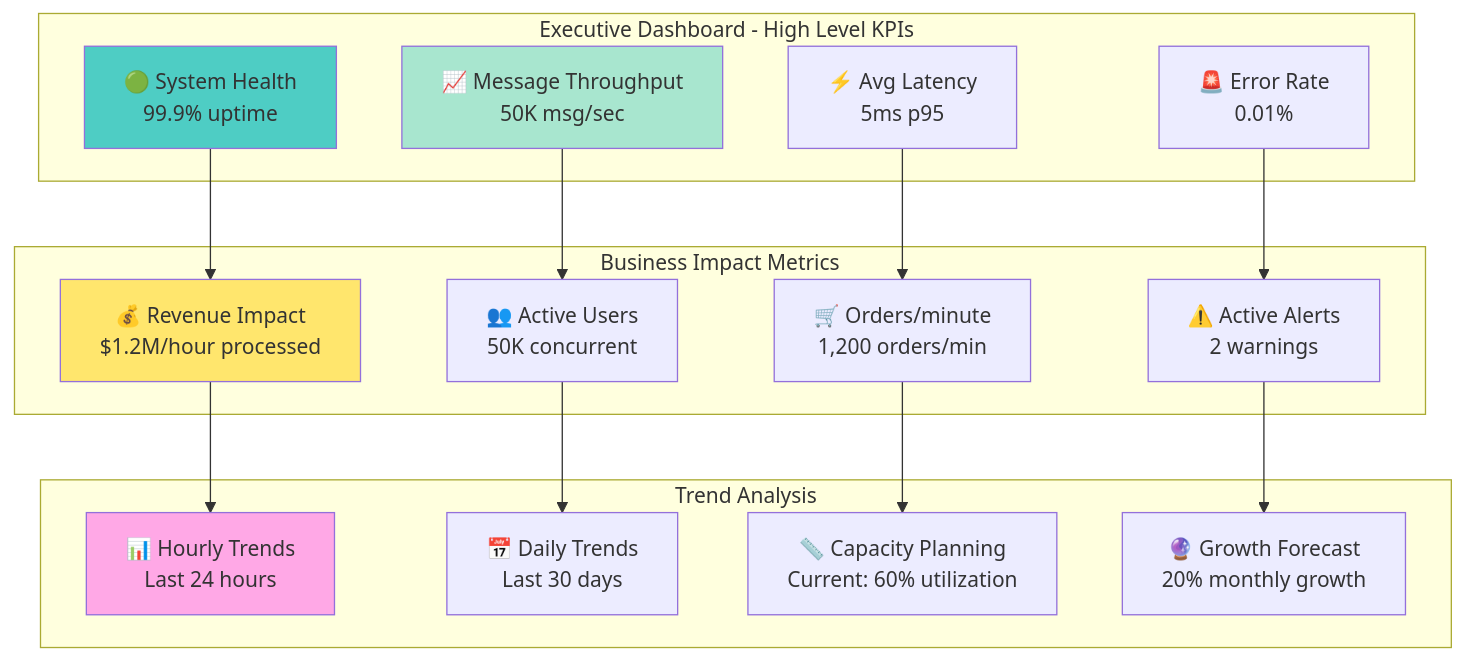
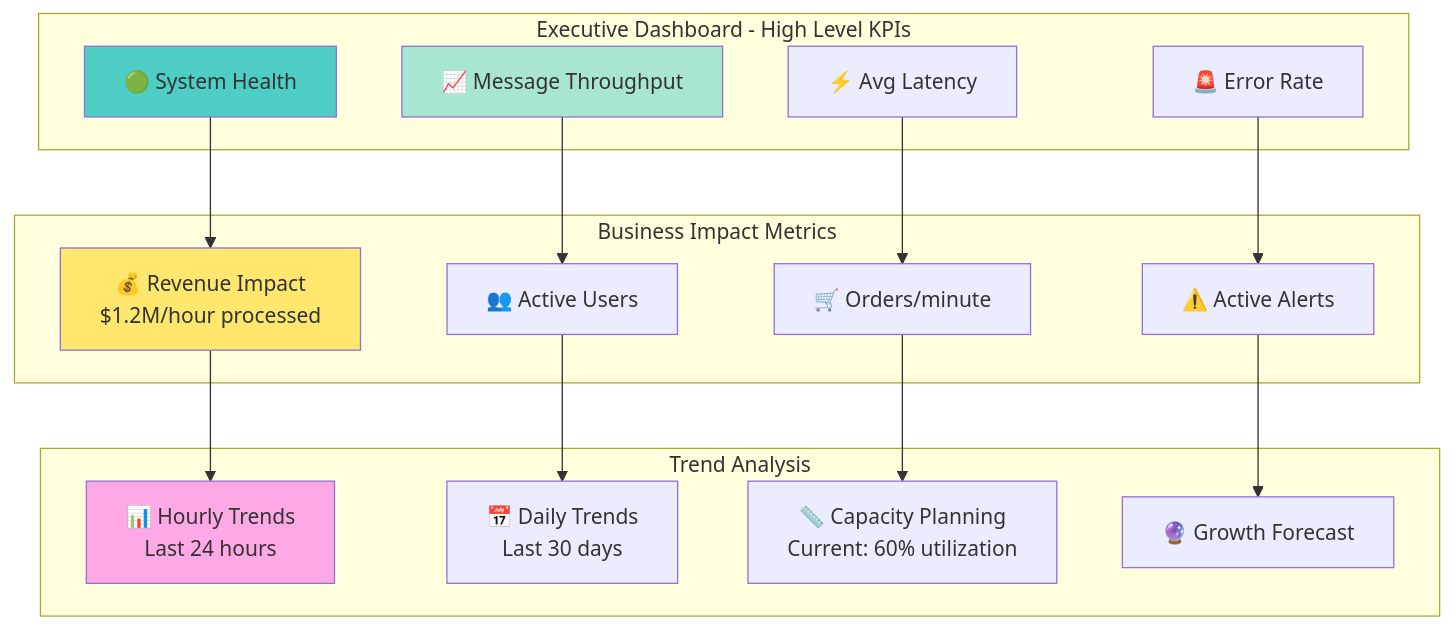
Before and after one commit to vorrawut/KafkaStarter: the fourth of 10 diagrams in class/modules/lesson_19/concept.md, drawn with Mermaid. The commit also changed other lines of this file and 140 other files, not shown here.

````diff
--- a/class/modules/lesson_19/concept.md
+++ b/class/modules/lesson_19/concept.md
@@ -262,38 +262,38 @@
 ```mermaid
 graph TB
     subgraph "Executive Dashboard - High Level KPIs"
-        HEALTH[🟢 System Health<br/>99.9% uptime]
-        THROUGHPUT[📈 Message Throughput<br/>50K msg/sec]
-        LATENCY[⚡ Avg Latency<br/>5ms p95]
-        ERRORS[🚨 Error Rate<br/>0.01%]
+        HEALTH[🟢 System Health<br/&gt;99.9% uptime]
+        THROUGHPUT[📈 Message Throughput<br/&gt;50K msg/sec]
+        LATENCY[⚡ Avg Latency<br/&gt;5ms p95]
+        ERRORS[🚨 Error Rate<br/&gt;0.01%]
     end
     
     subgraph "Business Impact Metrics"
         REVENUE[💰 Revenue Impact<br/>$1.2M/hour processed]
-        CUSTOMERS[👥 Active Users<br/>50K concurrent]
-        ORDERS[🛒 Orders/minute<br/>1,200 orders/min]
-        ALERTS[⚠️ Active Alerts<br/>2 warnings]
+        CUSTOMERS[👥 Active Users<br/&gt;50K concurrent]
+        ORDERS[🛒 Orders/minute<br/&gt;1,200 orders/min]
+        ALERTS[⚠️ Active Alerts<br/&gt;2 warnings]
     end
     
     subgraph "Trend Analysis"
         HOURLY[📊 Hourly Trends<br/>Last 24 hours]
         DAILY[📅 Daily Trends<br/>Last 30 days]
         CAPACITY[📏 Capacity Planning<br/>Current: 60% utilization]
-        FORECAST[🔮 Growth Forecast<br/>20% monthly growth]
+        FORECAST[🔮 Growth Forecast<br/&gt;20% monthly growth]
     end
     
     HEALTH --> REVENUE
     THROUGHPUT --> CUSTOMERS
     LATENCY --> ORDERS
     ERRORS --> ALERTS
     
     REVENUE --> HOURLY
     CUSTOMERS --> DAILY
     ORDERS --> CAPACITY
     ALERTS --> FORECAST
     
     style HEALTH fill:#4ecdc4
     style THROUGHPUT fill:#a8e6cf
     style REVENUE fill:#ffe66d
     style HOURLY fill:#ffa8e6
 ```
````
